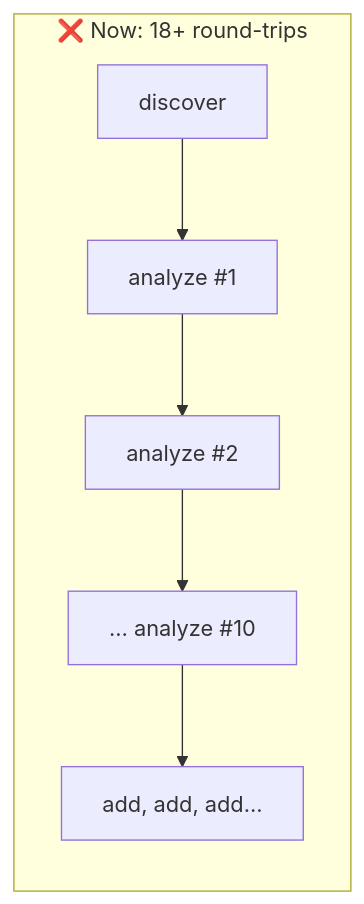
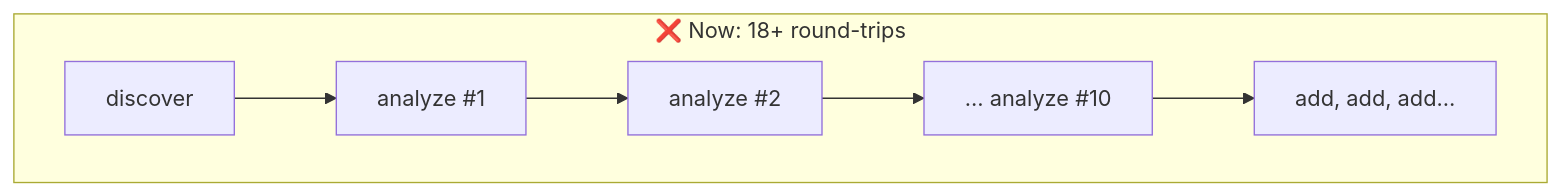
Before and after one commit to minmus/cca-f: the first of 2 diagrams in questions/Q29-compose-mechanical-keep-judgment/question.md, drawn with Mermaid. The commit also changed other lines of this file, not shown here.

Commit message:
Q29: keep each stacked diagram horizontal

````diff
--- a/questions/Q29-compose-mechanical-keep-judgment/question.md
+++ b/questions/Q29-compose-mechanical-keep-judgment/question.md
@@ -24,6 +24,7 @@
 ```mermaid
 flowchart LR
     subgraph NOW["❌ Now: 18+ round-trips"]
+      direction LR
       D1["discover"] --> A1["analyze #1"] --> A2["analyze #2"] --> AN["… analyze #10"] --> ADD["add, add, add…"]
     end
 ```
````
